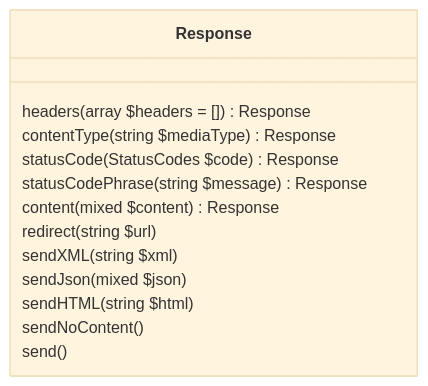
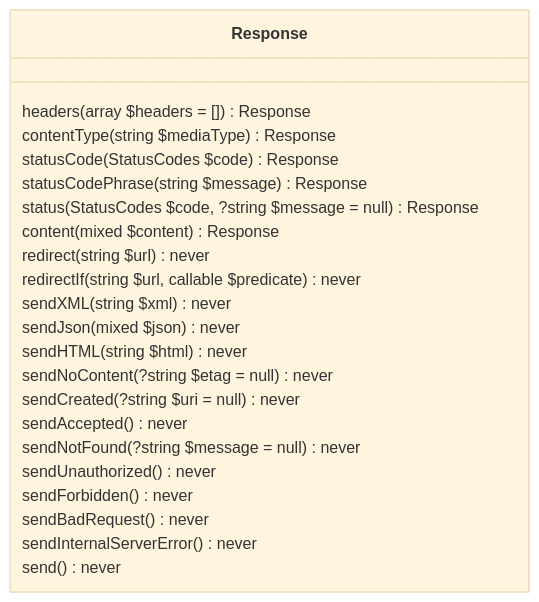
One commit to soulshined/ft-request-response changed the second of 2 diagrams in README.md. Above: the diagram before and after it, drawn with Mermaid (base theme). The commit also changed 1 other file, not shown here.

Commit message:
Add more semantic Response helper methods

````diff
--- a/README.md
+++ b/README.md
@@ -78,16 +78,25 @@
 ```mermaid
 classDiagram
 class Response {
   headers(array $headers = []) Response
   contentType(string $mediaType) Response
   statusCode(StatusCodes $code) Response
   statusCodePhrase(string $message) Response
+  status(StatusCodes $code, ?string $message = null) Response
   content(mixed $content) Response
-  redirect(string $url)
-  sendXML(string $xml)
-  sendJson(mixed $json)
-  sendHTML(string $html)
-  sendNoContent()
-  send()
+  redirect(string $url) never
+  redirectIf(string $url, callable $predicate) never
+  sendXML(string $xml) never
+  sendJson(mixed $json) never
+  sendHTML(string $html) never
+  sendNoContent(?string $etag = null) never
+  sendCreated(?string $uri = null) never
+  sendAccepted() never
+  sendNotFound(?string $message = null) never
+  sendUnauthorized() never
+  sendForbidden() never
+  sendBadRequest() never
+  sendInternalServerError() never
+  send() never
 }
 ```
````
